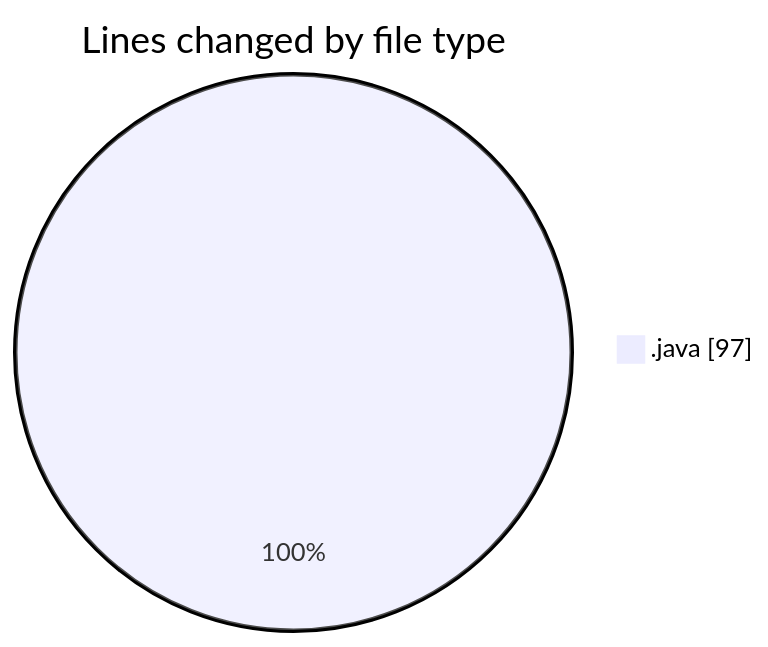
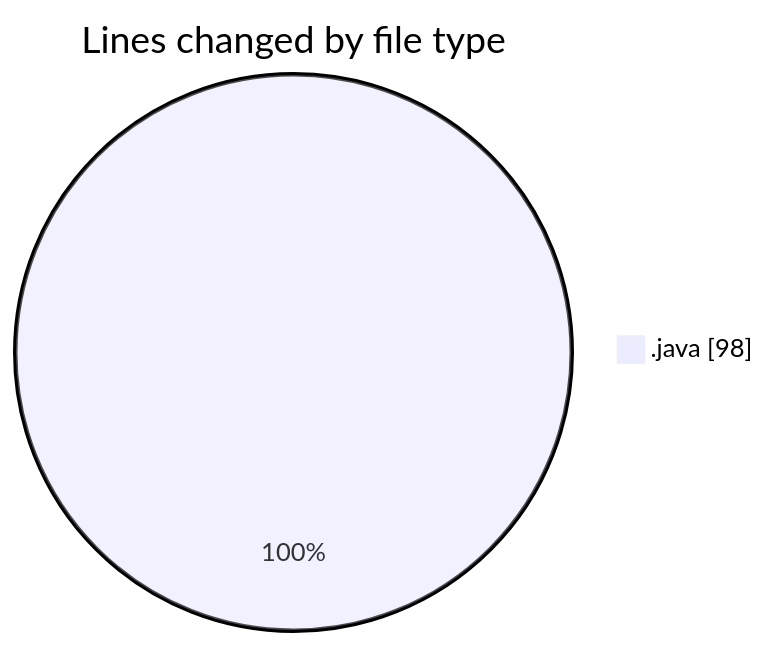
One commit to ricardozamudiocil/code-tracking changed the first of 2 diagrams in 2026-03-31/cilofertascomerciales/README.md. Above: the diagram before and after it, drawn with Mermaid. The commit also changed other lines of this file and 1 other file, not shown here.

````diff
--- a/2026-03-31/cilofertascomerciales/README.md
+++ b/2026-03-31/cilofertascomerciales/README.md
@@ -21,5 +21,5 @@
 ```mermaid
 pie showData
 title Lines changed by file type
-".java" : 97
+".java" : 98
 ```
````
